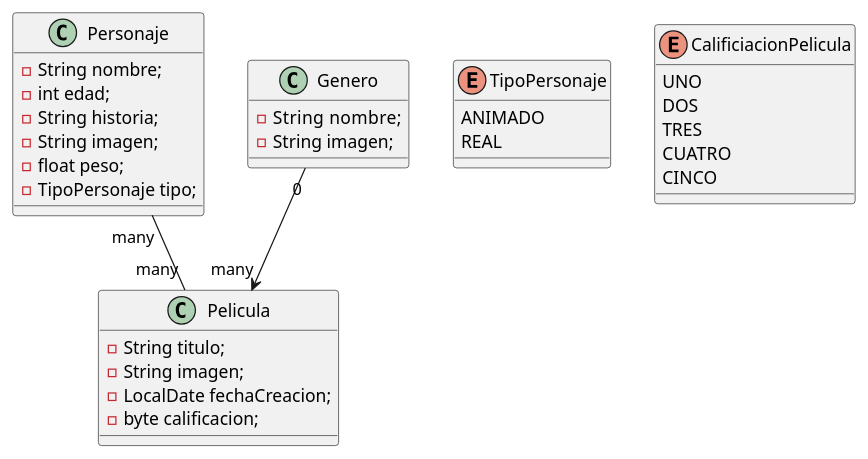
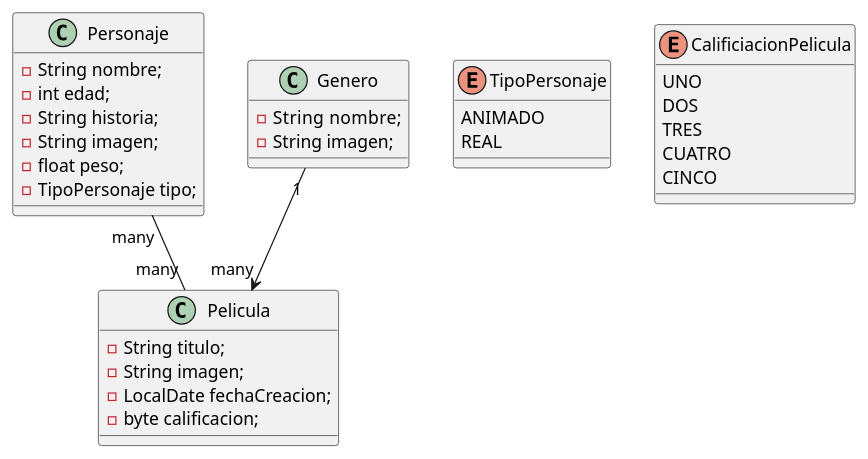
Before and after one commit to MansillaLucas/Disney-Gradle-Migration: the diagram in src/main/java/com/javadabadu/disney/UML/modeladoUML.puml, drawn with PlantUML.

Commit message:
camiando la cardinalidad  Genero Pelicula

```diff
--- a/src/main/java/com/javadabadu/disney/UML/modeladoUML.puml
+++ b/src/main/java/com/javadabadu/disney/UML/modeladoUML.puml
@@ -1,41 +1,41 @@
 @startuml
 Personaje "many" -- "many" Pelicula
-Genero  "0"--> "many" Pelicula
+Genero  "1" --> "many" Pelicula
 
  class Personaje {
     - String nombre;
     - int edad;
     - String historia;
     - String imagen;
     - float peso;
     - TipoPersonaje tipo;
 }
 
  class Genero {
      - String  nombre;
      - String imagen;
 }
 
  class Pelicula {
     - String titulo;
     - String imagen;
     - LocalDate fechaCreacion;
     - byte calificacion;
 }
 
 
 enum TipoPersonaje {
     ANIMADO
     REAL
 }
 
 enum CalificiacionPelicula {
     UNO
     DOS
     TRES
     CUATRO
     CINCO
 }
 
 
 @enduml
```
